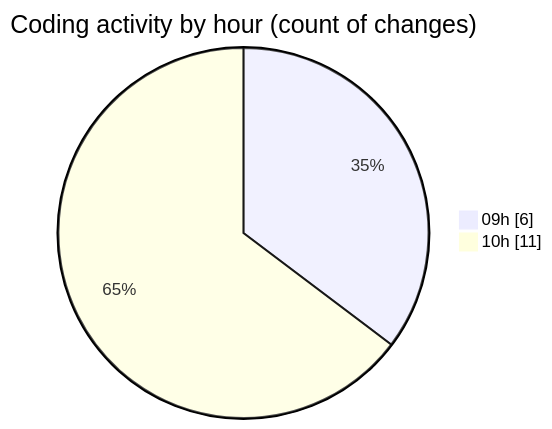
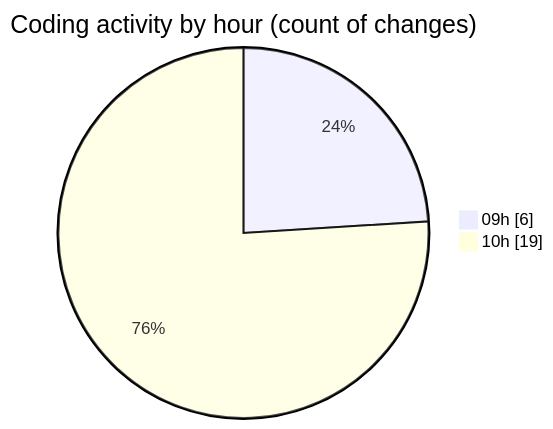
One commit to becaeroporto-bot/code-tracking changed the second of 2 diagrams in 2026-02-18/bot_v1_2/README.md. Above: the diagram before and after it, drawn with Mermaid. The commit also changed other lines of this file and 1 other file, not shown here.

````diff
--- a/2026-02-18/bot_v1_2/README.md
+++ b/2026-02-18/bot_v1_2/README.md
@@ -39,6 +40,6 @@
 ```mermaid
 pie showData
 title Coding activity by hour (count of changes)
 "09h" : 6
-"10h" : 11
+"10h" : 19
 ```
````
